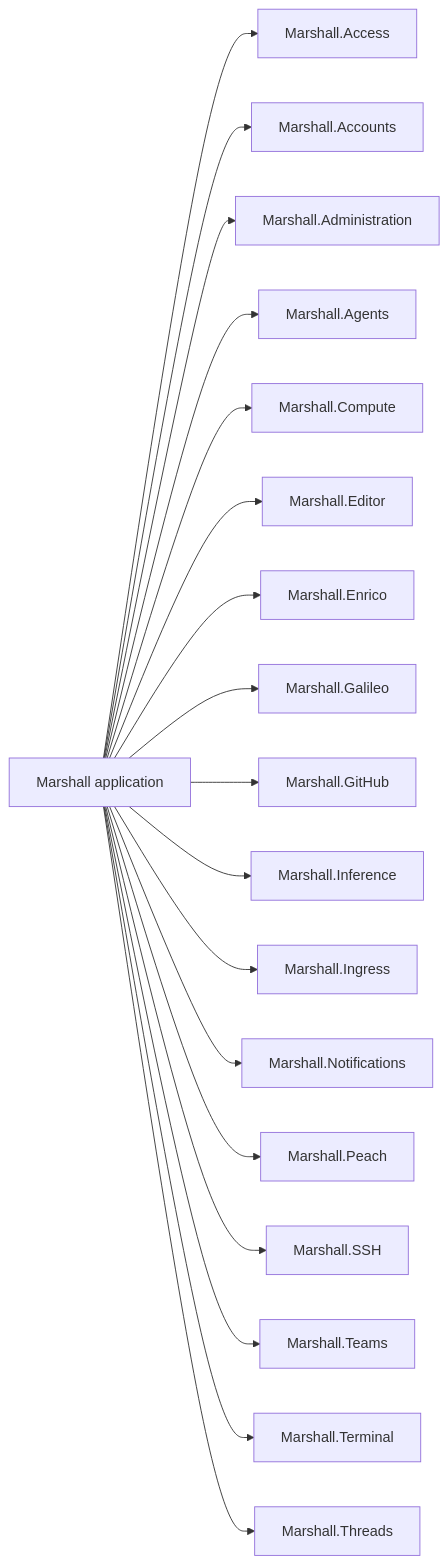
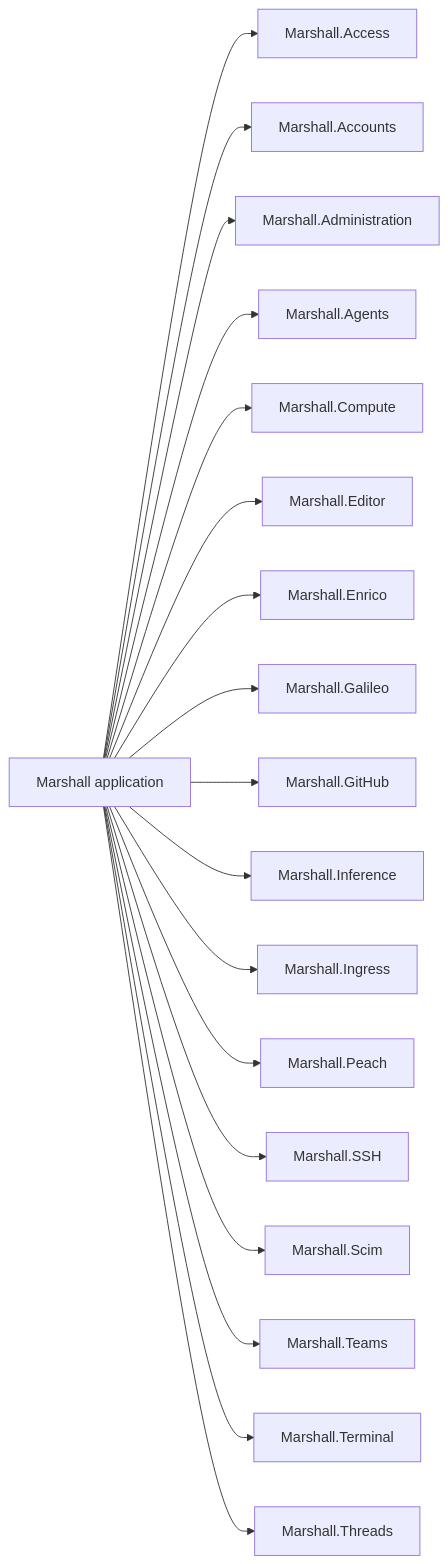
Before and after one commit to dlkeith-p-forks/overalls: the fourth of 6 diagrams in marshall/priv/hldd/21-domains.md, drawn with Mermaid. The commit also changed other lines of this file and 206 other files, not shown here.

Commit message:
feat(marshall): add SCIM provisioning and managed team lifecycle

````diff
--- a/marshall/priv/hldd/21-domains.md
+++ b/marshall/priv/hldd/21-domains.md
@@ -157,21 +136,21 @@
 ```mermaid
 flowchart LR
   app["Marshall application"]
   app --> d0["Marshall.Access"]
   app --> d1["Marshall.Accounts"]
   app --> d2["Marshall.Administration"]
   app --> d3["Marshall.Agents"]
   app --> d4["Marshall.Compute"]
   app --> d5["Marshall.Editor"]
   app --> d6["Marshall.Enrico"]
   app --> d7["Marshall.Galileo"]
   app --> d8["Marshall.GitHub"]
   app --> d9["Marshall.Inference"]
   app --> d10["Marshall.Ingress"]
-  app --> d11["Marshall.Notifications"]
-  app --> d12["Marshall.Peach"]
-  app --> d13["Marshall.SSH"]
+  app --> d11["Marshall.Peach"]
+  app --> d12["Marshall.SSH"]
+  app --> d13["Marshall.Scim"]
   app --> d14["Marshall.Teams"]
   app --> d15["Marshall.Terminal"]
   app --> d16["Marshall.Threads"]
 ```
````
